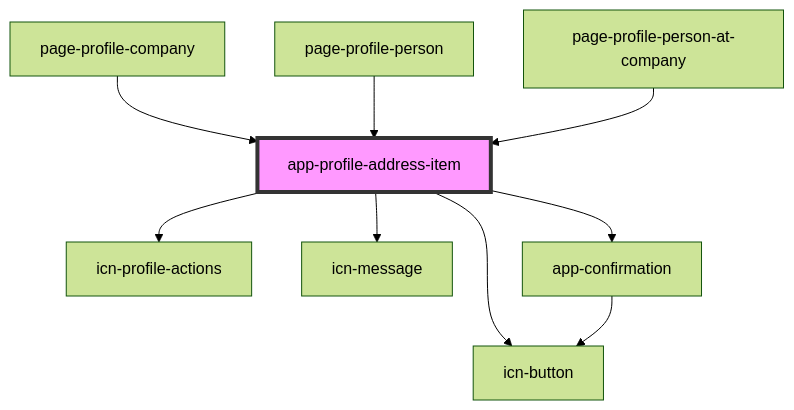
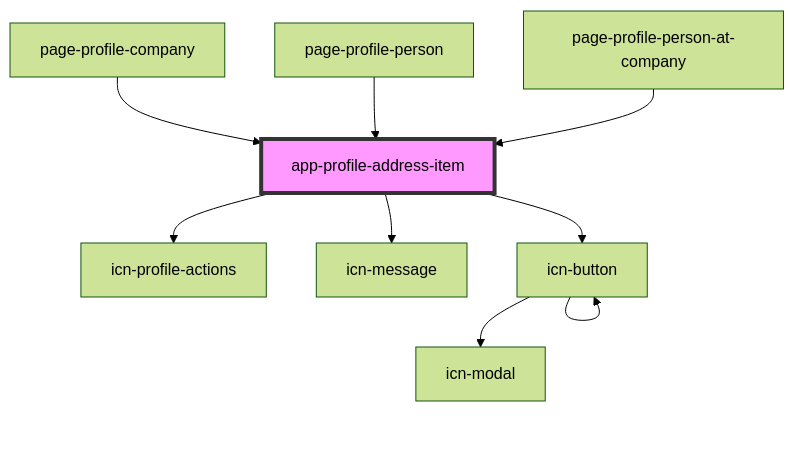
One commit to lokheed/IconEventNetwork.Web changed the diagram in iconeventnetwork-web/src/components/app-profile-address-item/readme.md. Above: the diagram before and after it, drawn with Mermaid (forest theme). The commit also changed other lines of this file and 38 other files, not shown here.

First line of the commit message:
Implemented icn-modal

````diff
--- a/iconeventnetwork-web/src/components/app-profile-address-item/readme.md
+++ b/iconeventnetwork-web/src/components/app-profile-address-item/readme.md
@@ -43,12 +42,12 @@
 ```mermaid
 graph TD;
   app-profile-address-item --> icn-profile-actions
   app-profile-address-item --> icn-message
   app-profile-address-item --> icn-button
-  app-profile-address-item --> app-confirmation
-  app-confirmation --> icn-button
+  icn-button --> icn-modal
+  icn-button --> icn-button
   page-profile-company --> app-profile-address-item
   page-profile-person --> app-profile-address-item
   page-profile-person-at-company --> app-profile-address-item
   style app-profile-address-item fill:#f9f,stroke:#333,stroke-width:4px
 ```
````
